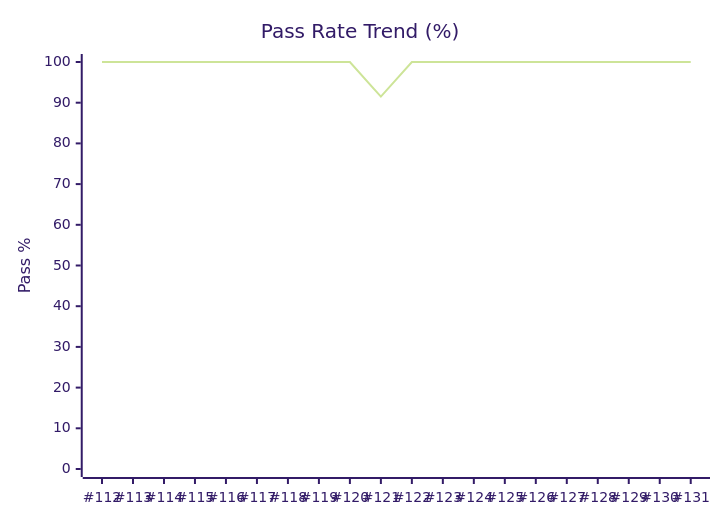
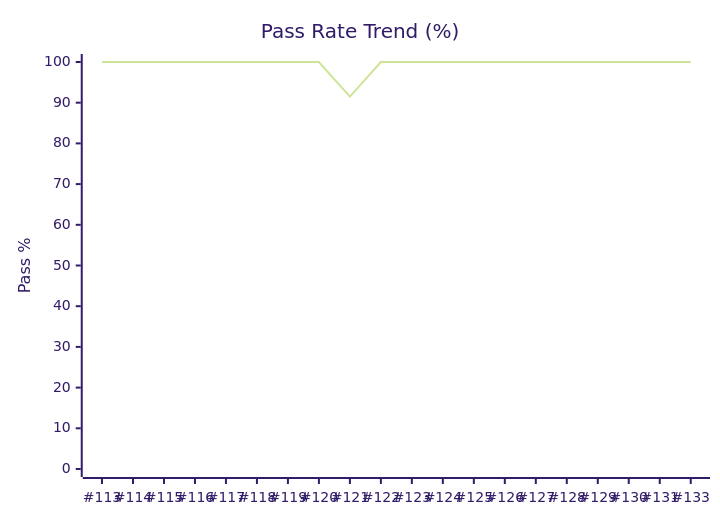
The diagram in dashboards/qa-metrics.md (karimarie67/QA-boost), drawn with Mermaid (forest theme) before and after one commit. The commit also changed other lines of this file and 2 other files, not shown here.

````diff
--- a/dashboards/qa-metrics.md
+++ b/dashboards/qa-metrics.md
@@ -37,7 +37,7 @@
 ```mermaid
 xychart-beta
     title "Pass Rate Trend (%)"
-    x-axis [#112, #113, #114, #115, #116, #117, #118, #119, #120, #121, #122, #123, #124, #125, #126, #127, #128, #129, #130, #131]
+    x-axis [#113, #114, #115, #116, #117, #118, #119, #120, #121, #122, #123, #124, #125, #126, #127, #128, #129, #130, #131, #133]
     y-axis "Pass %" 0 --> 100
-    line [100.0, 100.0, 100.0, 100.0, 100.0, 100.0, 100.0, 100.0, 100.0, 91.5, 100.0, 100.0, 100.0, 100.0, 100.0, 100.0, 100.0, 100.0, 100.0, 100.0]
+    line [100.0, 100.0, 100.0, 100.0, 100.0, 100.0, 100.0, 100.0, 91.5, 100.0, 100.0, 100.0, 100.0, 100.0, 100.0, 100.0, 100.0, 100.0, 100.0, 100.0]
 ```
````
